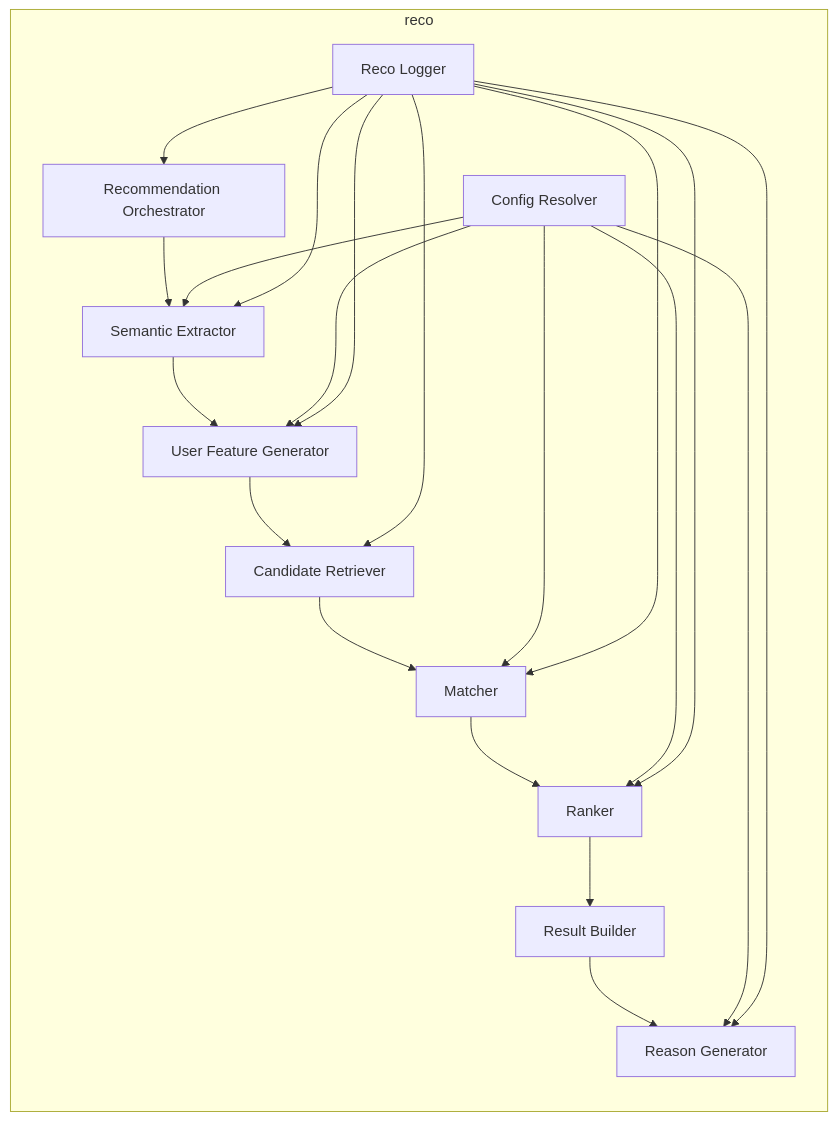
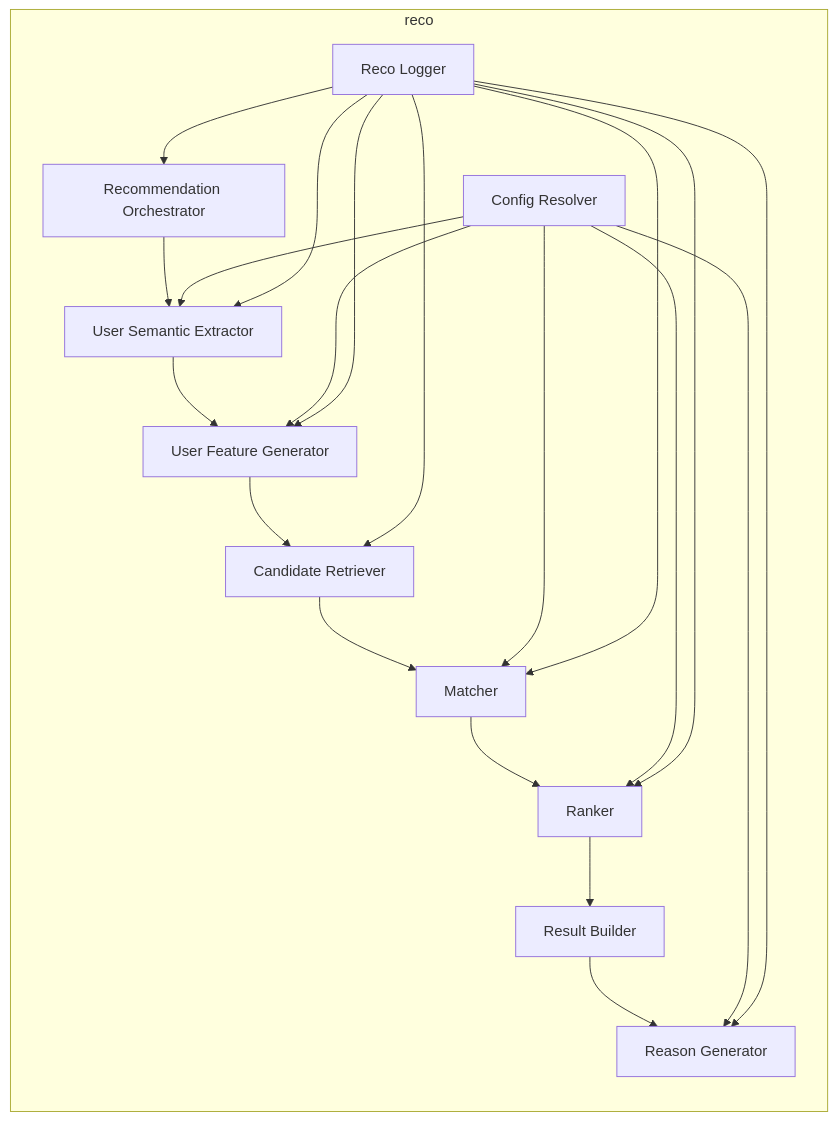
The sixth of 6 diagrams in docs/05_アプリケーション設計/基盤/システム論理構成図.md (ryo-chan-k6/GiftRecommendAPP_MVP_CYCLE_3), drawn with Mermaid before and after one commit. The commit also changed other lines of this file and 235 other files, not shown here.

````diff
--- a/docs/05_アプリケーション設計/基盤/システム論理構成図.md
+++ b/docs/05_アプリケーション設計/基盤/システム論理構成図.md
@@ -791,29 +791,29 @@
 ```mermaid
 flowchart LR
 
     subgraph RECO[reco]
         O[Recommendation Orchestrator]
 
-        O --> S[Semantic Extractor]
+        O --> S[User Semantic Extractor]
         S --> U[User Feature Generator]
         U --> R[Candidate Retriever]
         R --> M[Matcher]
         M --> K[Ranker]
         K --> RB[Result Builder]
         RB --> G[Reason Generator]
 
         C[Config Resolver] --> S
         C --> U
         C --> M
         C --> K
         C --> G
 
         L[Reco Logger] --> O
         L --> S
         L --> U
         L --> R
         L --> M
         L --> K
         L --> G
     end
 ```
````
